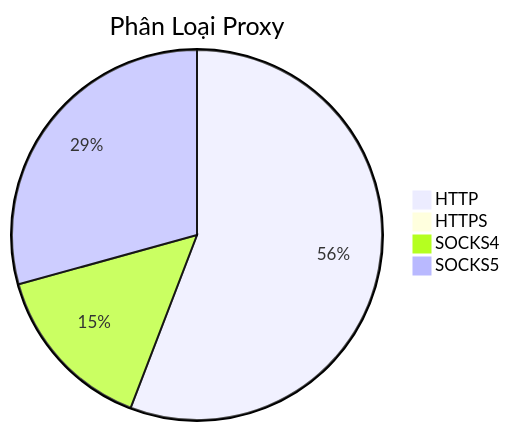
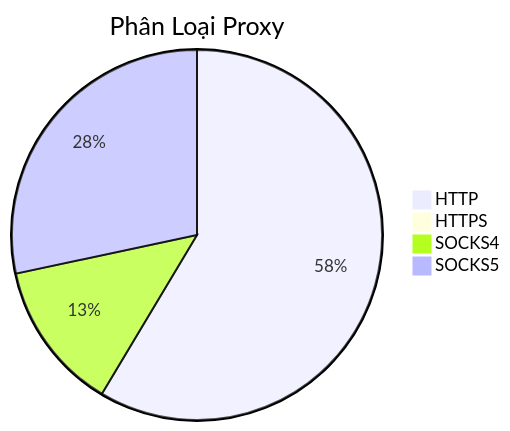
The diagram in README.md (Ciara-12/PROXY-free), drawn with Mermaid before and after one commit. The commit also changed other lines of this file and 4 other files, not shown here.

````diff
--- a/README.md
+++ b/README.md
@@ -26,7 +26,7 @@
 ```mermaid
 pie title Phân Loại Proxy
-    "HTTP" : 608
-    "HTTPS" : 5
-    "SOCKS4" : 162
-    "SOCKS5" : 319
+    "HTTP" : 713
+    "HTTPS" : 6
+    "SOCKS4" : 159
+    "SOCKS5" : 345
 ```
````
